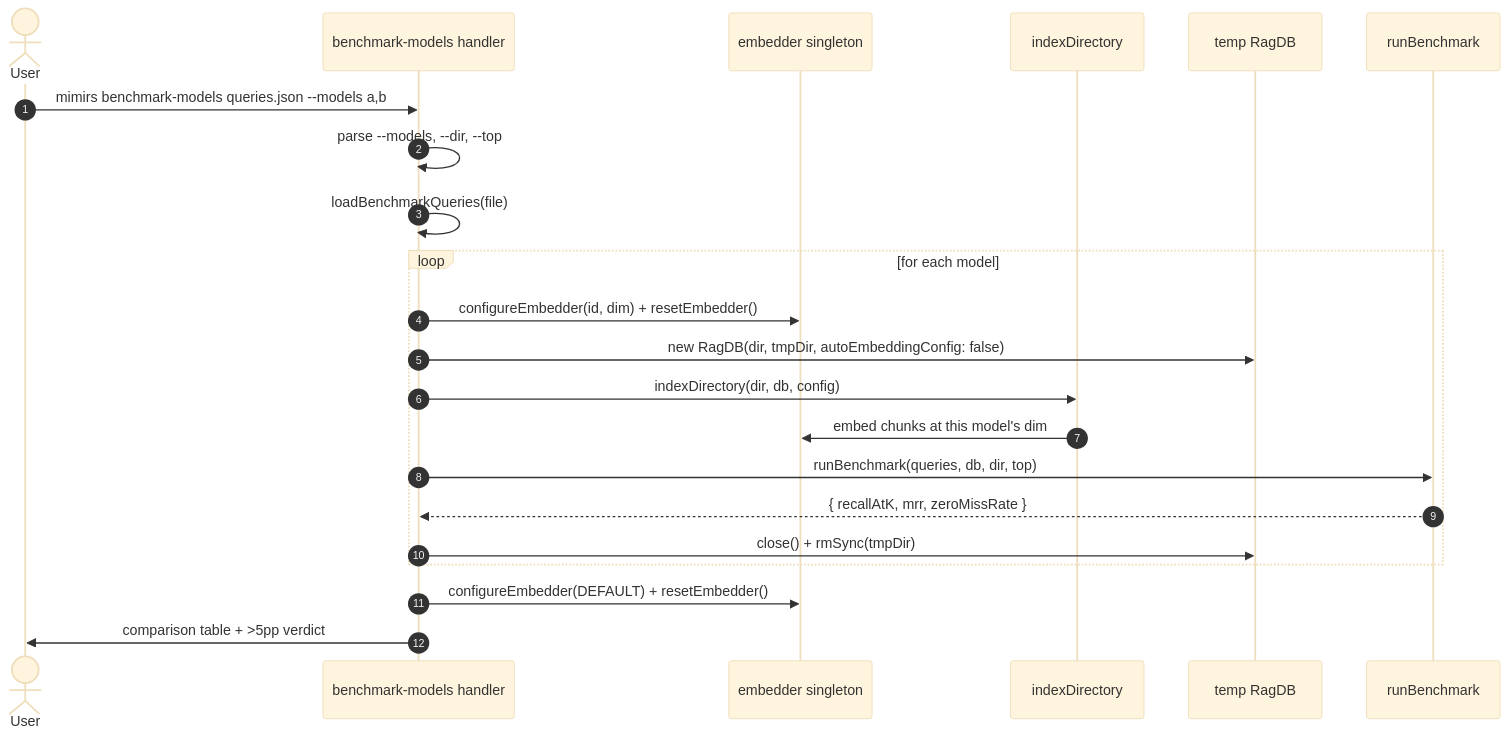
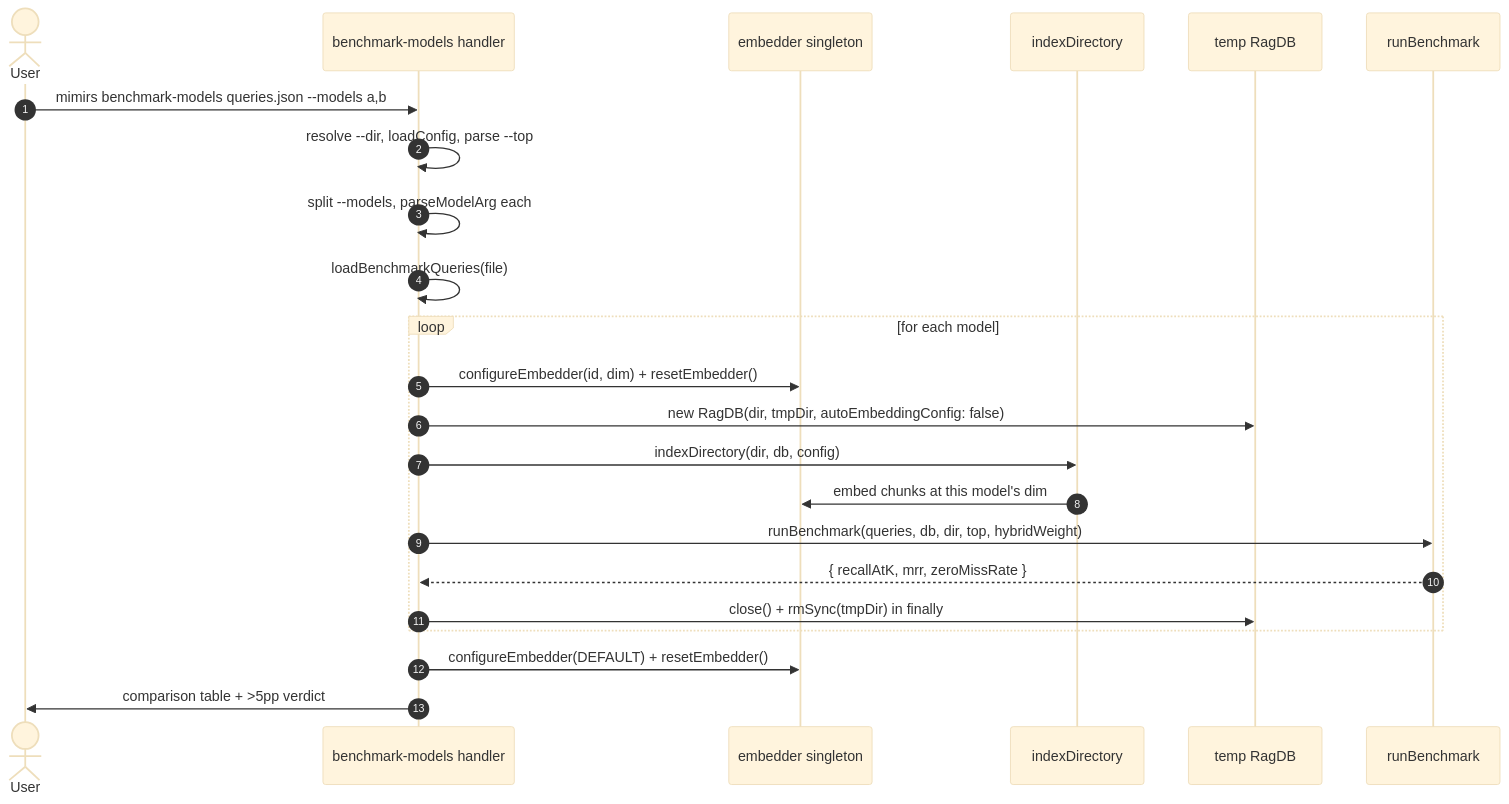
Before and after one commit to TheWinci/mimirs: the diagram in wiki/cli/benchmark-models.md, drawn with Mermaid (base theme). The commit also changed other lines of this file and 55 other files, not shown here.

````diff
--- a/wiki/cli/benchmark-models.md
+++ b/wiki/cli/benchmark-models.md
@@ -13,25 +13,26 @@
 ```mermaid
 sequenceDiagram
     autonumber
     actor User
-    participant CLI as benchmark-models handler
+    participant Handler as benchmark-models handler
     participant Embed as embedder singleton
     participant Indexer as indexDirectory
     participant DB as temp RagDB
     participant Bench as runBenchmark
 
-    User->>CLI: mimirs benchmark-models queries.json --models a,b
-    CLI->>CLI: parse --models, --dir, --top
-    CLI->>CLI: loadBenchmarkQueries(file)
+    User->>Handler: mimirs benchmark-models queries.json --models a,b
+    Handler->>Handler: resolve --dir, loadConfig, parse --top
+    Handler->>Handler: split --models, parseModelArg each
+    Handler->>Handler: loadBenchmarkQueries(file)
     loop for each model
-        CLI->>Embed: configureEmbedder(id, dim) + resetEmbedder()
-        CLI->>DB: new RagDB(dir, tmpDir, autoEmbeddingConfig: false)
-        CLI->>Indexer: indexDirectory(dir, db, config)
+        Handler->>Embed: configureEmbedder(id, dim) + resetEmbedder()
+        Handler->>DB: new RagDB(dir, tmpDir, autoEmbeddingConfig: false)
+        Handler->>Indexer: indexDirectory(dir, db, config)
         Indexer->>Embed: embed chunks at this model's dim
-        CLI->>Bench: runBenchmark(queries, db, dir, top)
-        Bench-->>CLI: { recallAtK, mrr, zeroMissRate }
-        CLI->>DB: close() + rmSync(tmpDir)
+        Handler->>Bench: runBenchmark(queries, db, dir, top, hybridWeight)
+        Bench-->>Handler: { recallAtK, mrr, zeroMissRate }
+        Handler->>DB: close() + rmSync(tmpDir) in finally
     end
-    CLI->>Embed: configureEmbedder(DEFAULT) + resetEmbedder()
-    CLI->>User: comparison table + >5pp verdict
+    Handler->>Embed: configureEmbedder(DEFAULT) + resetEmbedder()
+    Handler->>User: comparison table + >5pp verdict
 ```
````
